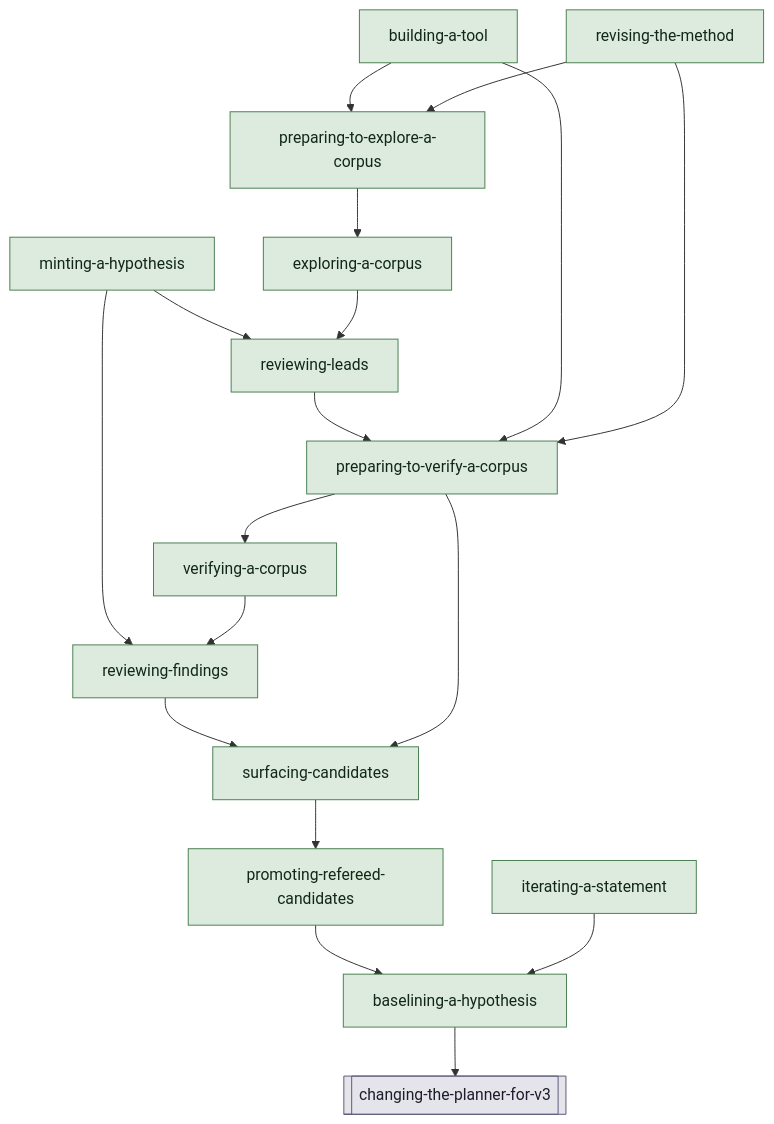
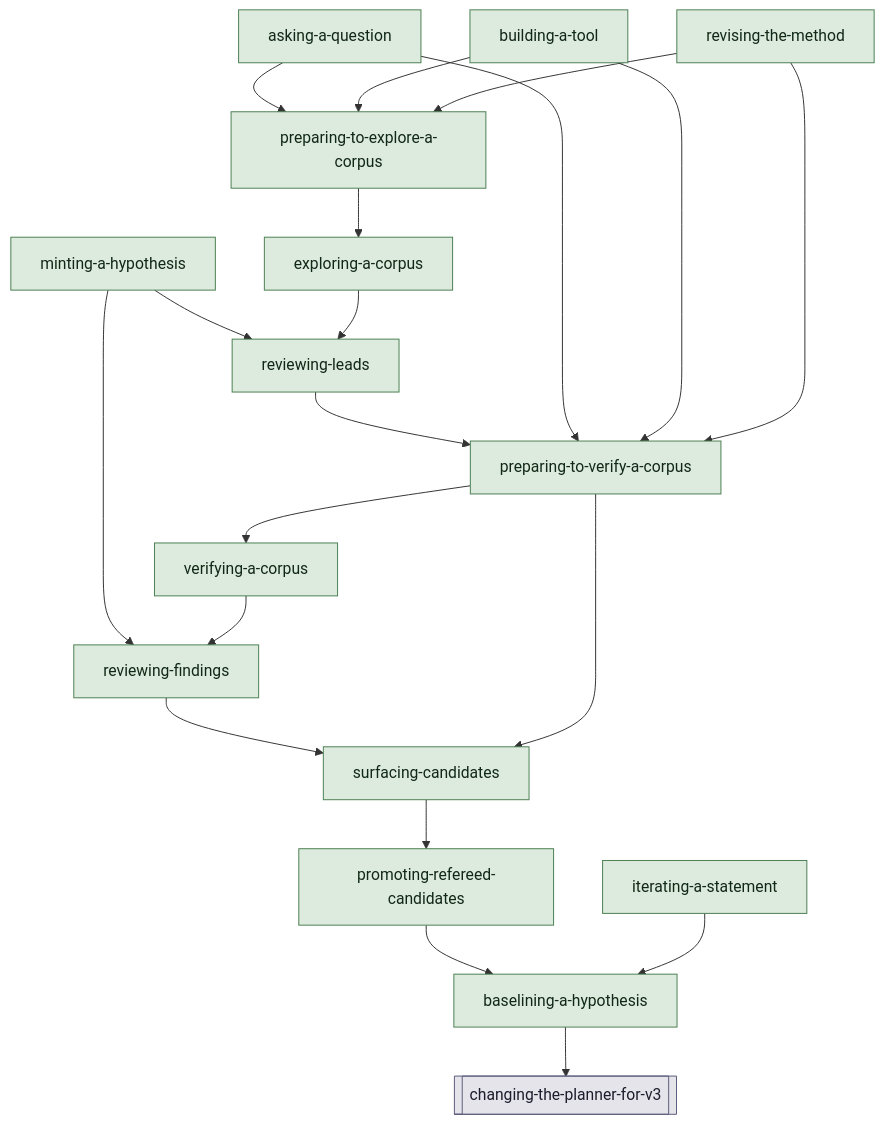
One commit to bc414/StoryPlanner changed the first of 16 diagrams in .claude/skills/v3-buildout-2/map.md. Above: the diagram before and after it, drawn with Mermaid. The commit also changed other lines of this file and 35 other files, not shown here.

````diff
--- a/.claude/skills/v3-buildout-2/map.md
+++ b/.claude/skills/v3-buildout-2/map.md
@@ -7,41 +7,44 @@
 ```mermaid
 flowchart TD
   classDef hitl fill:#e9d8e4,stroke:#7a3e6d,color:#2b1a27
   classDef session fill:#dce6f0,stroke:#3b5b7c,color:#14202c
   classDef agent fill:#f5e6c8,stroke:#b7791f,color:#3a2a08
   classDef artifact fill:#f6f6f4,stroke:#8a94a0,color:#2a2f36
   classDef activity fill:#dcebdd,stroke:#4b7f52,color:#122816
   classDef terminus fill:#e4e4ea,stroke:#5b5b7a,color:#1c1c2c
   changingtheplannerforv3[["changing-the-planner-for-v3"]]:::terminus
   baseliningahypothesis["baselining-a-hypothesis"]:::activity
   promotingrefereedcandidates["promoting-refereed-candidates"]:::activity
   iteratingastatement["iterating-a-statement"]:::activity
   mintingahypothesis["minting-a-hypothesis"]:::activity
   surfacingcandidates["surfacing-candidates"]:::activity
   reviewingfindings["reviewing-findings"]:::activity
   verifyingacorpus["verifying-a-corpus"]:::activity
   preparingtoverifyacorpus["preparing-to-verify-a-corpus"]:::activity
   reviewingleads["reviewing-leads"]:::activity
   exploringacorpus["exploring-a-corpus"]:::activity
   preparingtoexploreacorpus["preparing-to-explore-a-corpus"]:::activity
+  askingaquestion["asking-a-question"]:::activity
   buildingatool["building-a-tool"]:::activity
   revisingthemethod["revising-the-method"]:::activity
 
   baseliningahypothesis --> changingtheplannerforv3
   promotingrefereedcandidates --> baseliningahypothesis
   iteratingastatement --> baseliningahypothesis
   mintingahypothesis --> reviewingleads
   mintingahypothesis --> reviewingfindings
   surfacingcandidates --> promotingrefereedcandidates
   reviewingfindings --> surfacingcandidates
   verifyingacorpus --> reviewingfindings
   preparingtoverifyacorpus --> verifyingacorpus
   preparingtoverifyacorpus --> surfacingcandidates
   reviewingleads --> preparingtoverifyacorpus
   exploringacorpus --> reviewingleads
   preparingtoexploreacorpus --> exploringacorpus
+  askingaquestion --> preparingtoexploreacorpus
+  askingaquestion --> preparingtoverifyacorpus
   buildingatool --> preparingtoexploreacorpus
   buildingatool --> preparingtoverifyacorpus
   revisingthemethod --> preparingtoexploreacorpus
   revisingthemethod --> preparingtoverifyacorpus
 ```
````
